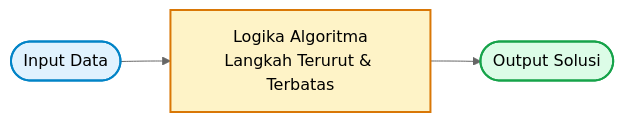
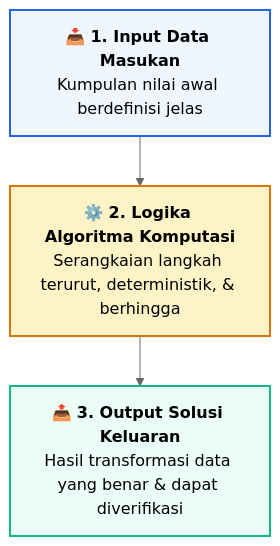
The first of 5 diagrams in docs/algoritma-pemrograman/pengenalan.md (mahendaruui/Perkuliahan), drawn with Mermaid (neutral theme) before and after one commit. The commit also changed other lines of this file and 12 other files, not shown here.

````diff
--- a/docs/algoritma-pemrograman/pengenalan.md
+++ b/docs/algoritma-pemrograman/pengenalan.md
@@ -18,8 +23,10 @@
 ```mermaid
-graph LR
-    Input([Input Data]) --> Proses[Logika Algoritma<br>Langkah Terurut & Terbatas]
-    Proses --> Output([Output Solusi])
-    style Input fill:#e0f2fe,stroke:#0284c7,stroke-width:2px;
-    style Proses fill:#fef3c7,stroke:#d97706,stroke-width:2px;
-    style Output fill:#dcfce7,stroke:#16a34a,stroke-width:2px;
+flowchart TD
+    A["📥 <b>1. Input Data Masukan</b><br>Kumpulan nilai awal berdefinisi jelas"]
+    --> B["⚙️ <b>2. Logika Algoritma Komputasi</b><br>Serangkaian langkah terurut, deterministik, & berhingga"]
+    --> C["📤 <b>3. Output Solusi Keluaran</b><br>Hasil transformasi data yang benar & dapat diverifikasi"]
+
+    style A fill:#eff6ff,stroke:#2563eb,stroke-width:2px
+    style B fill:#fef3c7,stroke:#d97706,stroke-width:2px
+    style C fill:#ecfdf5,stroke:#10b981,stroke-width:2px
 ```
````
